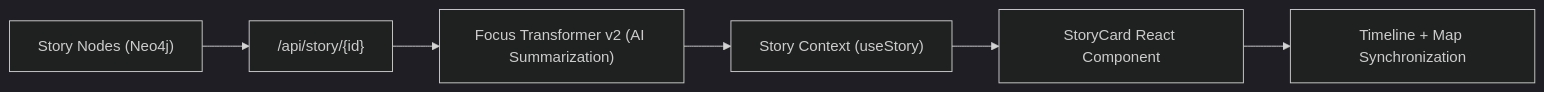
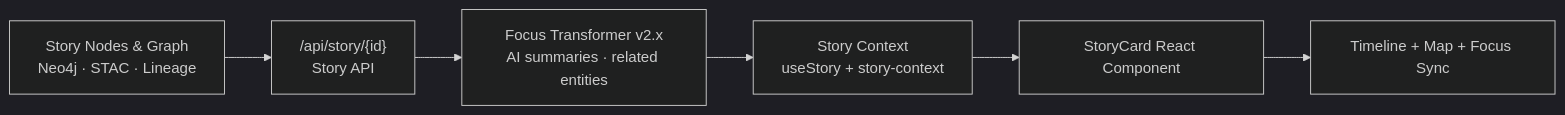
One commit to bartytime4life/Kansas-Frontier-Matrix changed the diagram in web/src/features/story/README.md. Above: the diagram before and after it, drawn with Mermaid (dark theme). The commit also changed other lines of this file, not shown here.

````diff
--- a/web/src/features/story/README.md
+++ b/web/src/features/story/README.md
@@ -107,8 +144,9 @@
-```mermaid
+~~~~~mermaid
 flowchart LR
-  A["Story Nodes (Neo4j)"] --> B["/api/story/{id}"]
-  B --> C["Focus Transformer v2 (AI Summarization)"]
-  C --> D["Story Context (useStory)"]
-  D --> E["StoryCard React Component"]
-  E --> F["Timeline + Map Synchronization"]
-```
+  NEO["Story Nodes & Graph<br/>Neo4j · STAC · Lineage"]
+    --> API["/api/story/{id}<br/>Story API"]
+  API --> FOCUS["Focus Transformer v2.x<br/>AI summaries · related entities"]
+  FOCUS --> CTX["Story Context<br/>useStory + story-context"]
+  CTX --> CARD["StoryCard React Component"]
+  CARD --> SYNC["Timeline + Map + Focus Sync"]
+~~~~~
````
